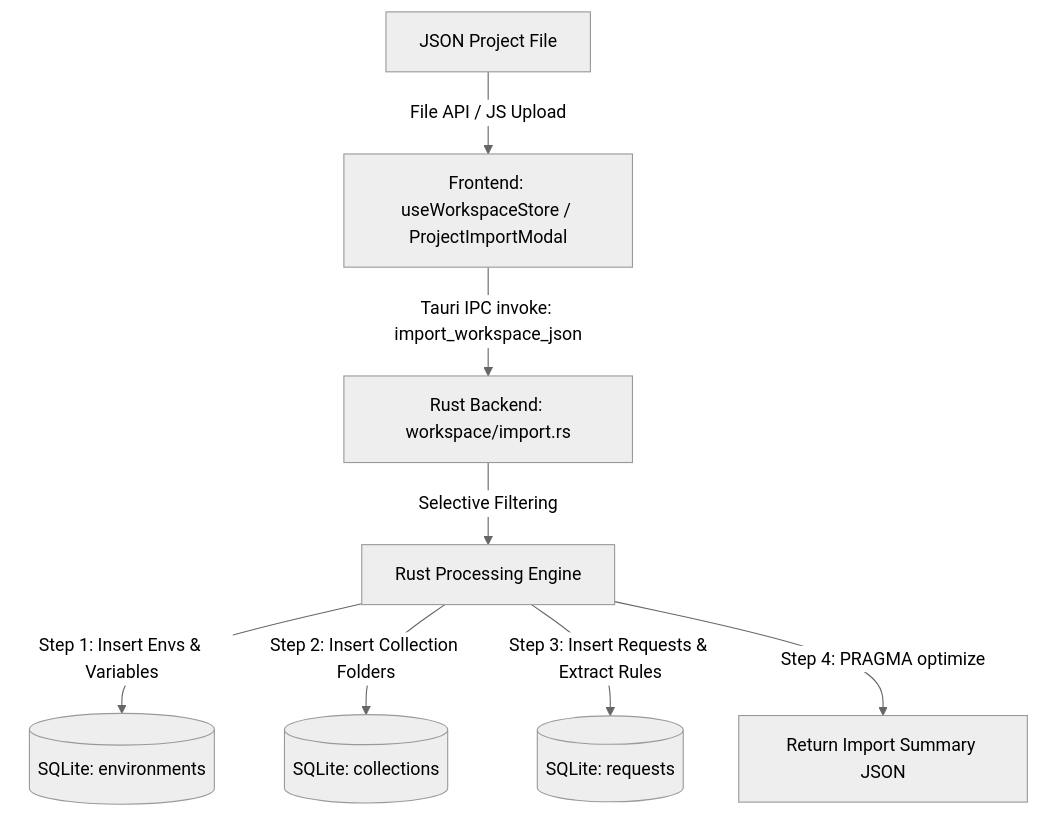
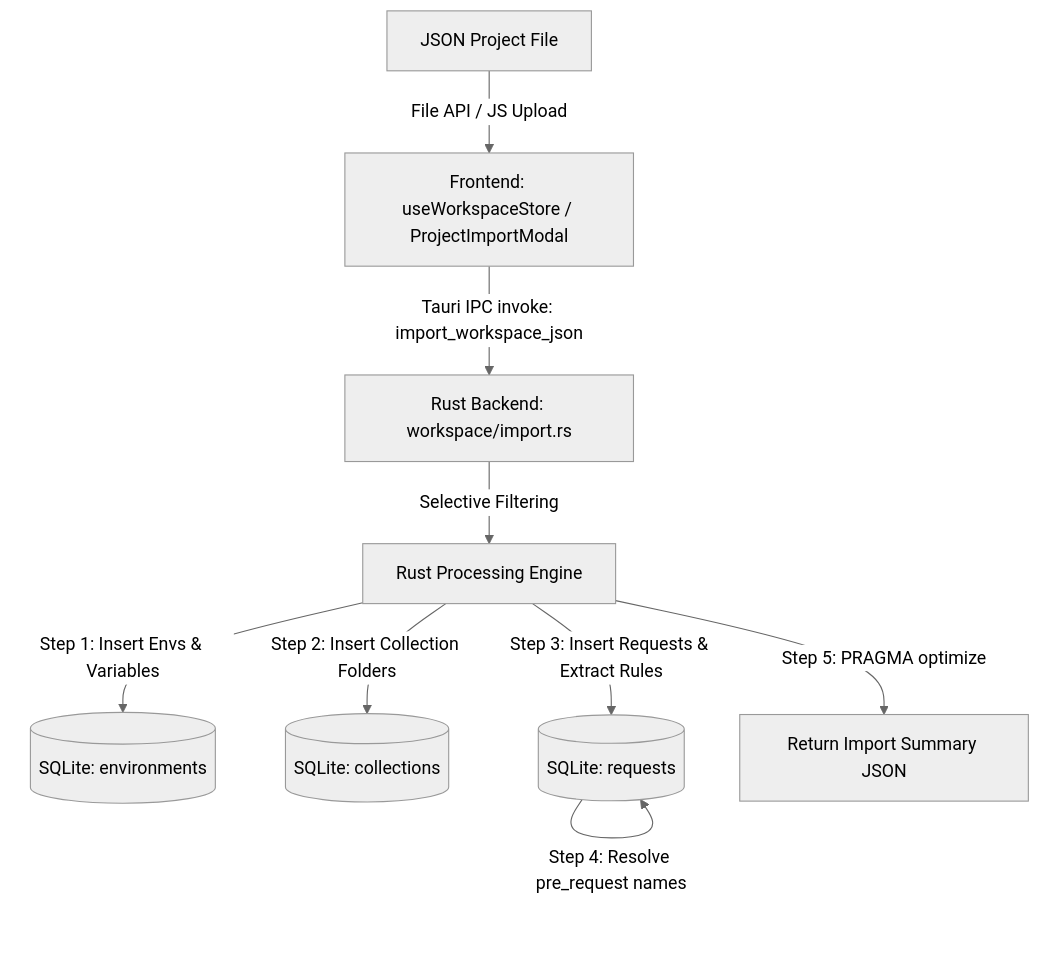
One commit to 7fuzz/mitm-rust changed the diagram in IMPORT_PROJECT_FROM_JSON.md. Above: the diagram before and after it, drawn with Mermaid (neutral theme). The commit also changed other lines of this file and 21 other files, not shown here.

First line of the commit message:
feat(requests): run a pre-request to fetch CSRF tokens before sending

````diff
--- a/IMPORT_PROJECT_FROM_JSON.md
+++ b/IMPORT_PROJECT_FROM_JSON.md
@@ -11,10 +11,11 @@
 ```mermaid
 flowchart TD
     A[JSON Project File] -->|File API / JS Upload| B[Frontend: useWorkspaceStore / ProjectImportModal]
     B -->|Tauri IPC invoke: import_workspace_json| C[Rust Backend: workspace/import.rs]
     C -->|Selective Filtering| D[Rust Processing Engine]
     D -->|Step 1: Insert Envs & Variables| E[(SQLite: environments)]
     D -->|Step 2: Insert Collection Folders| F[(SQLite: collections)]
     D -->|Step 3: Insert Requests & Extract Rules| G[(SQLite: requests)]
-    D -->|Step 4: PRAGMA optimize| H[Return Import Summary JSON]
+    G -->|Step 4: Resolve pre_request names| G
+    D -->|Step 5: PRAGMA optimize| H[Return Import Summary JSON]
 ```
````
